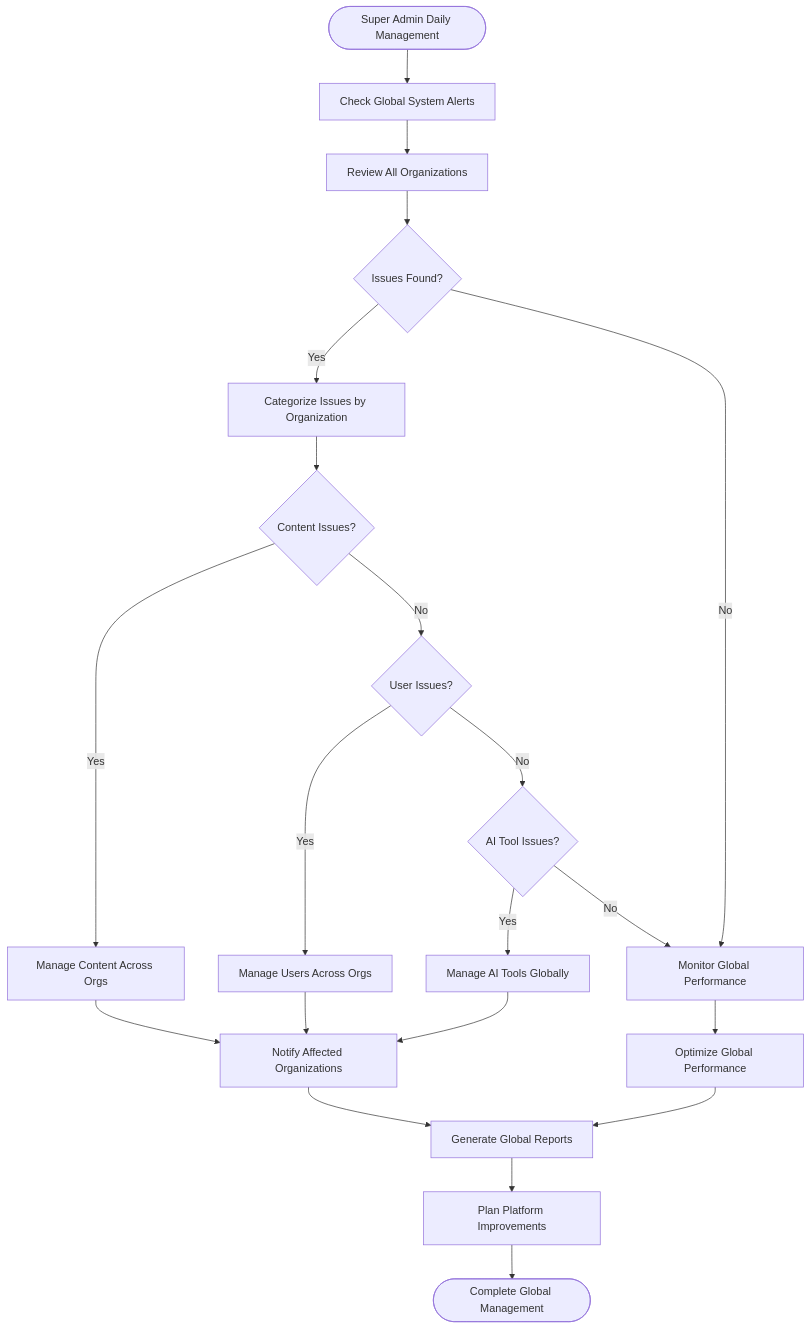
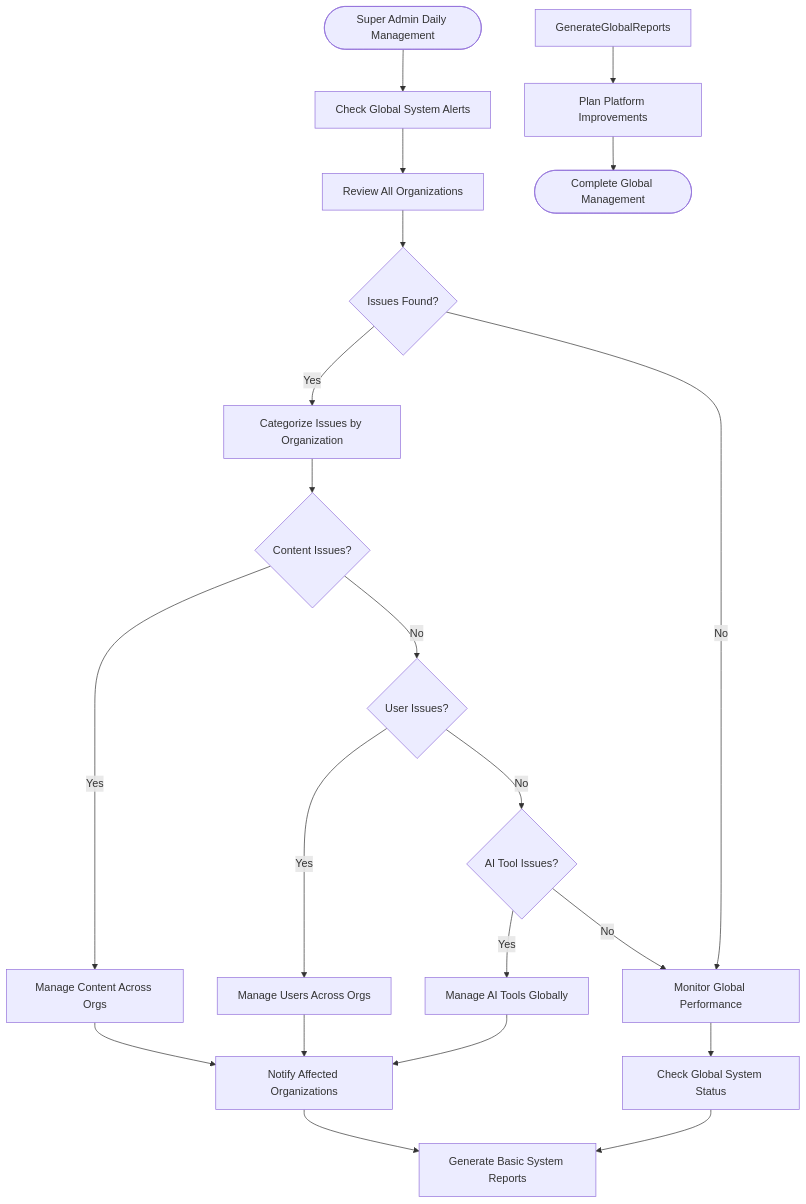
Before and after one commit to pzcuongnextchain/ai-smartlearn2-docs: the ninth of 23 diagrams in ai-smart-learning-renewal/super-admin/global-data-management/flows-and-diagrams.md, drawn with Mermaid. The commit also changed other lines of this file and 4 other files, not shown here.

````diff
--- a/ai-smart-learning-renewal/super-admin/global-data-management/flows-and-diagrams.md
+++ b/ai-smart-learning-renewal/super-admin/global-data-management/flows-and-diagrams.md
@@ -232,30 +228,30 @@
 ```mermaid
 flowchart TD
     Start([Super Admin Daily Management]) --> CheckAlerts[Check Global System Alerts]
     CheckAlerts --> ReviewOrganizations[Review All Organizations]
     ReviewOrganizations --> IdentifyIssues{Issues Found?}
     
     IdentifyIssues -->|Yes| CategorizeIssues[Categorize Issues by Organization]
     IdentifyIssues -->|No| MonitorPerformance[Monitor Global Performance]
     
     CategorizeIssues --> ContentIssues{Content Issues?}
     ContentIssues -->|Yes| ManageGlobalContent[Manage Content Across Orgs]
     ContentIssues -->|No| UserIssues{User Issues?}
     
     UserIssues -->|Yes| ManageGlobalUsers[Manage Users Across Orgs]
     UserIssues -->|No| ToolIssues{AI Tool Issues?}
     
     ToolIssues -->|Yes| ManageGlobalTools[Manage AI Tools Globally]
     ToolIssues -->|No| MonitorPerformance
     
     ManageGlobalContent --> NotifyOrganizations[Notify Affected Organizations]
     ManageGlobalUsers --> NotifyOrganizations
     ManageGlobalTools --> NotifyOrganizations
     
-    MonitorPerformance --> OptimizeGlobally[Optimize Global Performance]
-    OptimizeGlobally --> GenerateGlobalReports[Generate Global Reports]
-    NotifyOrganizations --> GenerateGlobalReports
+    MonitorPerformance --> CheckGlobalStatus[Check Global System Status]
+    CheckGlobalStatus --> GenerateBasicReports[Generate Basic System Reports]
+    NotifyOrganizations --> GenerateBasicReports
     
     GenerateGlobalReports --> PlanImprovements[Plan Platform Improvements]
     PlanImprovements --> End([Complete Global Management])
 ```
````
